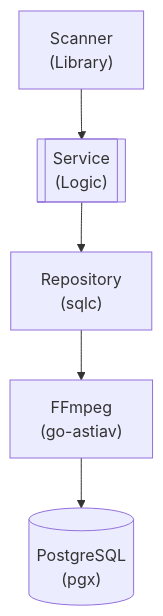
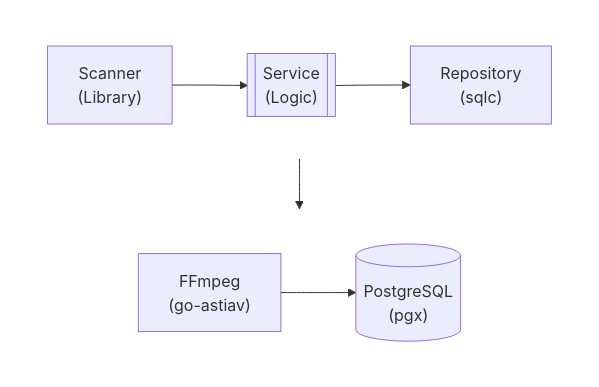
The diagram in docs/dev/design/services/FINGERPRINT.md (lusoris/revenge), drawn with Mermaid before and after one commit. The commit also changed 210 other files, not shown here.

First line of the commit message:
feat(docs): Add horizontal layout support for Mermaid diagrams

````diff
--- a/docs/dev/design/services/FINGERPRINT.md
+++ b/docs/dev/design/services/FINGERPRINT.md
@@ -58,12 +58,22 @@
 ```mermaid
 flowchart TD
-    node1["Scanner<br/>(Library)"]
-    node2[["Service<br/>(Logic)"]]
-    node3["Repository<br/>(sqlc)"]
-    node4["FFmpeg<br/>(go-astiav)"]
-    node5[("PostgreSQL<br/>(pgx)")]
+    subgraph row1[ ]
+        direction LR
+        node1["Scanner<br/>(Library)"]
+        node2[["Service<br/>(Logic)"]]
+        node3["Repository<br/>(sqlc)"]
+    end
+    subgraph row2[ ]
+        direction LR
+        node4["FFmpeg<br/>(go-astiav)"]
+        node5[("PostgreSQL<br/>(pgx)")]
+    end
     node1 --> node2
     node2 --> node3
     node4 --> node5
     node3 --> node4
+
+    %% Hide row subgraph borders
+    style row1 fill:transparent,stroke:transparent
+    style row2 fill:transparent,stroke:transparent
 ```
````
